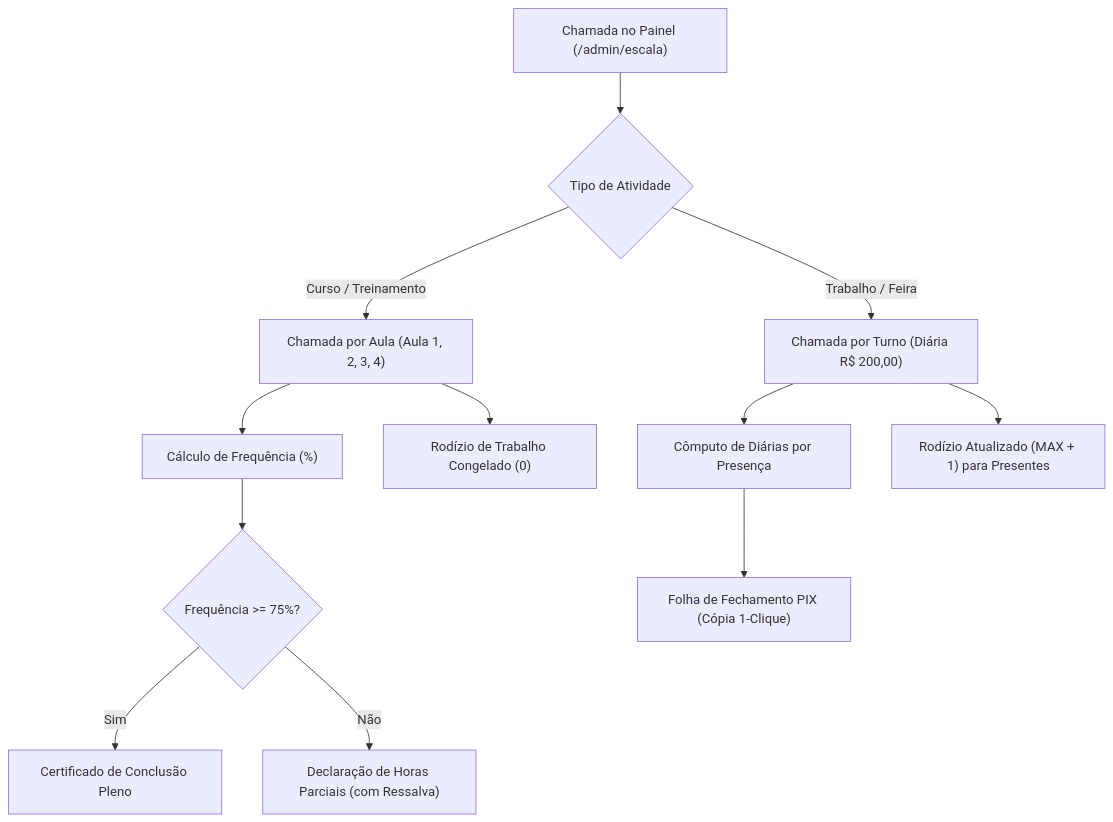
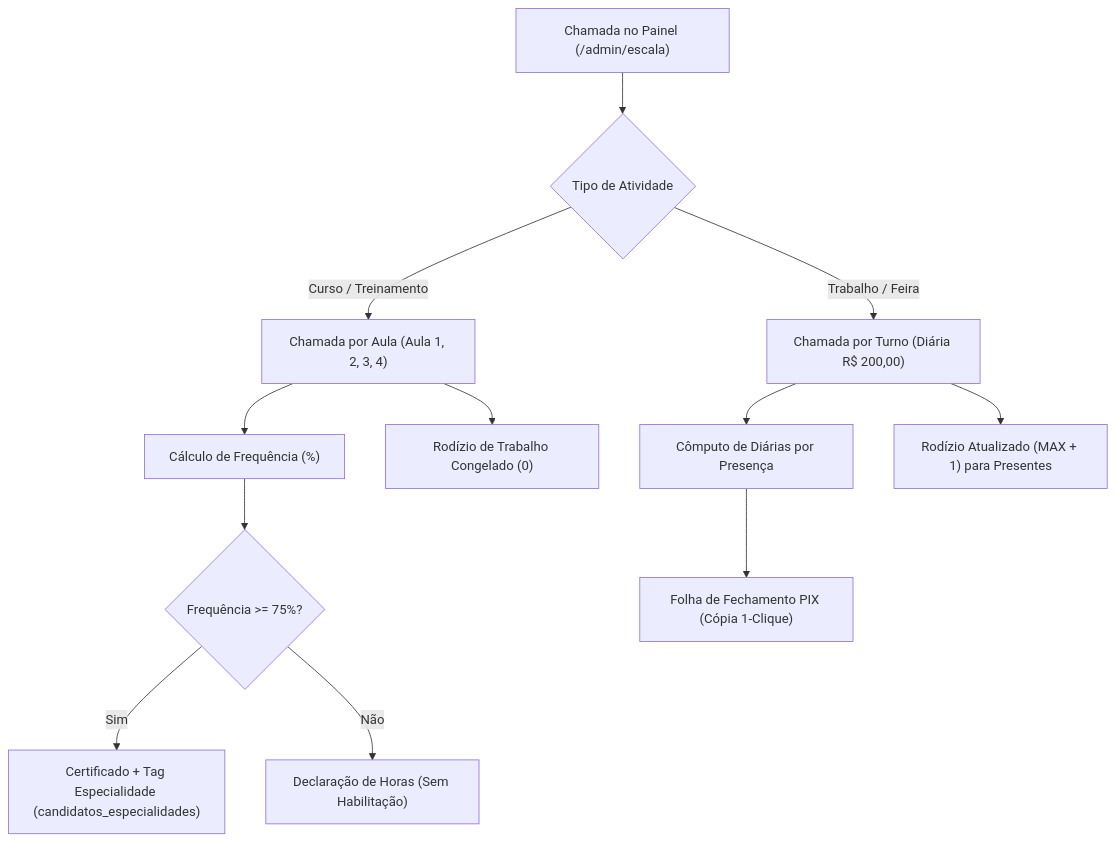
Before and after one commit to pauloaddair/projetoame: the second of 2 diagrams in REGRAS_DE_NEGOCIO.md, drawn with Mermaid. The commit also changed other lines of this file and 2 other files, not shown here.

Commit message:
feat(capacitacao): tabela candidatos_especialidades (AMEDJ e FOTOGRAFIA) e cadastro institucional da ALESP

````diff
--- a/REGRAS_DE_NEGOCIO.md
+++ b/REGRAS_DE_NEGOCIO.md
@@ -131,16 +140,16 @@
 ```mermaid
 flowchart TD
     A["Chamada no Painel (/admin/escala)"] --> B{"Tipo de Atividade"}
     
     B -->|"Curso / Treinamento"| C["Chamada por Aula (Aula 1, 2, 3, 4)"]
     C --> D["Cálculo de Frequência (%)"]
     D --> E{"Frequência >= 75%?"}
-    E -->|"Sim"| F["Certificado de Conclusão Pleno"]
-    E -->|"Não"| G["Declaração de Horas Parciais (com Ressalva)"]
+    E -->|"Sim"| F["Certificado + Tag Especialidade (candidatos_especialidades)"]
+    E -->|"Não"| G["Declaração de Horas (Sem Habilitação)"]
     C --> H["Rodízio de Trabalho Congelado (0)"]
     
     B -->|"Trabalho / Feira"| I["Chamada por Turno (Diária R$ 200,00)"]
     I --> J["Cômputo de Diárias por Presença"]
     J --> K["Folha de Fechamento PIX (Cópia 1-Clique)"]
     I --> L["Rodízio Atualizado (MAX + 1) para Presentes"]
 ```
````
